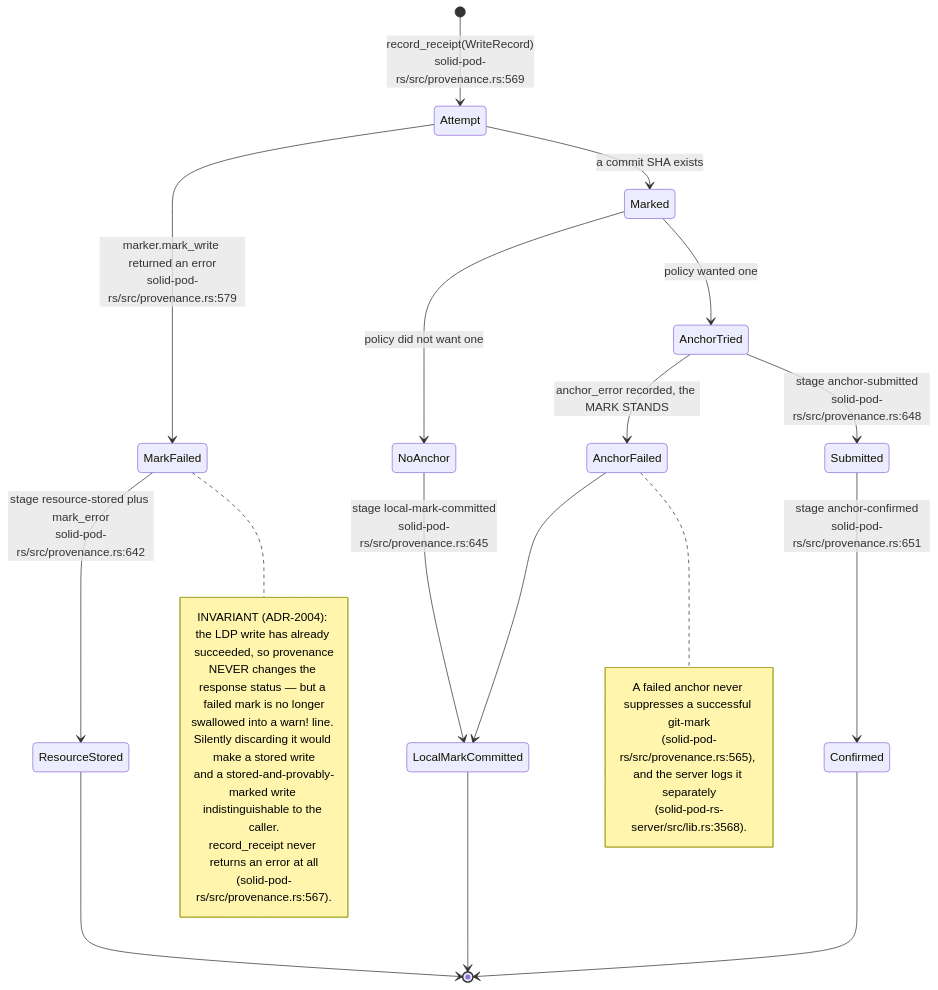
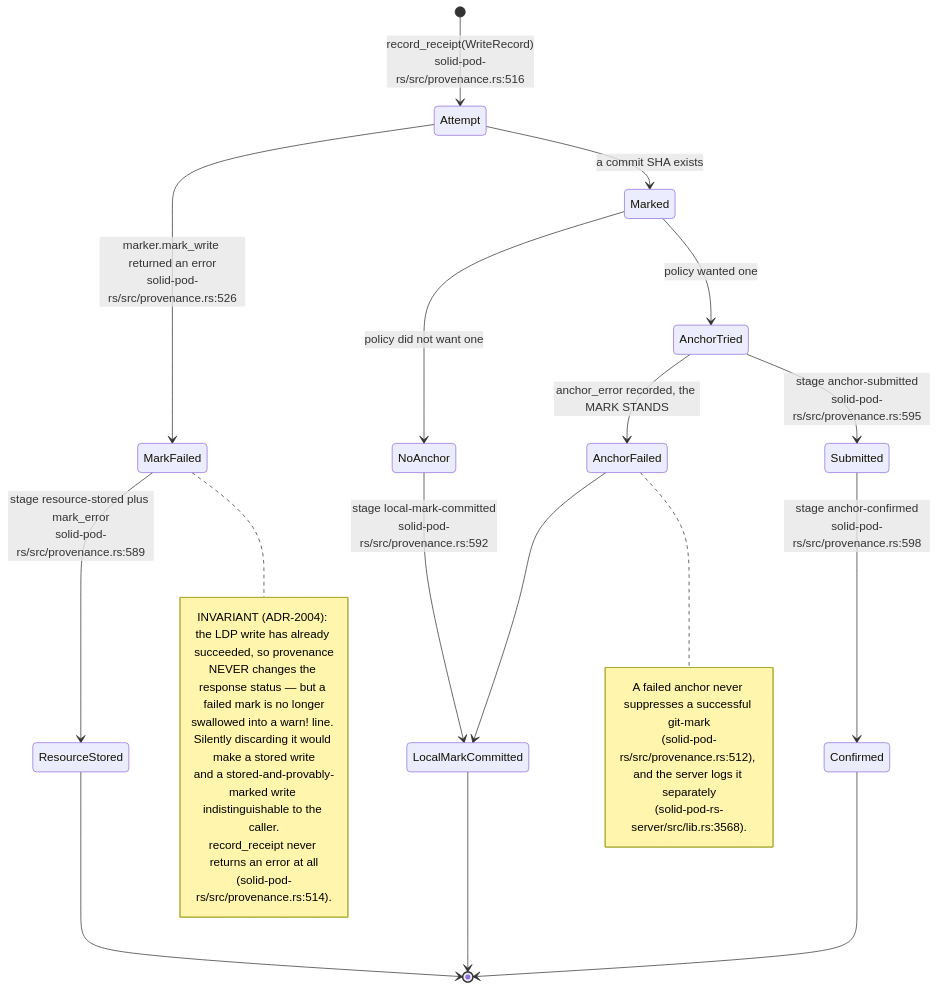
Before and after one commit to DreamLab-AI/VisionFlow: the fourth of 19 diagrams in docs/diagrams/solid-pod-rs/07-provenance-and-payments.md, drawn with Mermaid. The commit also changed other lines of this file and 26 other files, not shown here.

First line of the commit message:
docs(diagrams): re-verify solid-pod-rs, nostr-rust-forum and visionclaw 22/36 against HEAD

````diff
--- a/docs/diagrams/solid-pod-rs/07-provenance-and-payments.md
+++ b/docs/diagrams/solid-pod-rs/07-provenance-and-payments.md
@@ -117,34 +128,34 @@
 ```mermaid
 stateDiagram-v2
-    [*] --> Attempt: record_receipt(WriteRecord)<br/>solid-pod-rs/src/provenance.rs:569
-    Attempt --> MarkFailed: marker.mark_write returned an error<br/>solid-pod-rs/src/provenance.rs:579
+    [*] --> Attempt: record_receipt(WriteRecord)<br/>solid-pod-rs/src/provenance.rs:516
+    Attempt --> MarkFailed: marker.mark_write returned an error<br/>solid-pod-rs/src/provenance.rs:526
     Attempt --> Marked: a commit SHA exists
 
-    MarkFailed --> ResourceStored: stage resource-stored plus mark_error<br/>solid-pod-rs/src/provenance.rs:642
+    MarkFailed --> ResourceStored: stage resource-stored plus mark_error<br/>solid-pod-rs/src/provenance.rs:589
     Marked --> NoAnchor: policy did not want one
     Marked --> AnchorTried: policy wanted one
 
-    NoAnchor --> LocalMarkCommitted: stage local-mark-committed<br/>solid-pod-rs/src/provenance.rs:645
+    NoAnchor --> LocalMarkCommitted: stage local-mark-committed<br/>solid-pod-rs/src/provenance.rs:592
     AnchorTried --> AnchorFailed: anchor_error recorded, the MARK STANDS
-    AnchorTried --> Submitted: stage anchor-submitted<br/>solid-pod-rs/src/provenance.rs:648
-    Submitted --> Confirmed: stage anchor-confirmed<br/>solid-pod-rs/src/provenance.rs:651
+    AnchorTried --> Submitted: stage anchor-submitted<br/>solid-pod-rs/src/provenance.rs:595
+    Submitted --> Confirmed: stage anchor-confirmed<br/>solid-pod-rs/src/provenance.rs:598
     AnchorFailed --> LocalMarkCommitted
 
     ResourceStored --> [*]
     LocalMarkCommitted --> [*]
     Confirmed --> [*]
 
     note right of MarkFailed
       INVARIANT (ADR-2004): the LDP write has already succeeded, so provenance
       NEVER changes the response status — but a failed mark is no longer
       swallowed into a warn! line. Silently discarding it would make a stored write
       and a stored-and-provably-marked write indistinguishable to the caller.
       record_receipt never returns an error at all
-      (solid-pod-rs/src/provenance.rs:567).
+      (solid-pod-rs/src/provenance.rs:514).
     end note
     note right of AnchorFailed
       A failed anchor never suppresses a successful git-mark
-      (solid-pod-rs/src/provenance.rs:565), and the server logs it separately
+      (solid-pod-rs/src/provenance.rs:512), and the server logs it separately
       (solid-pod-rs-server/src/lib.rs:3568).
     end note
 ```
````
